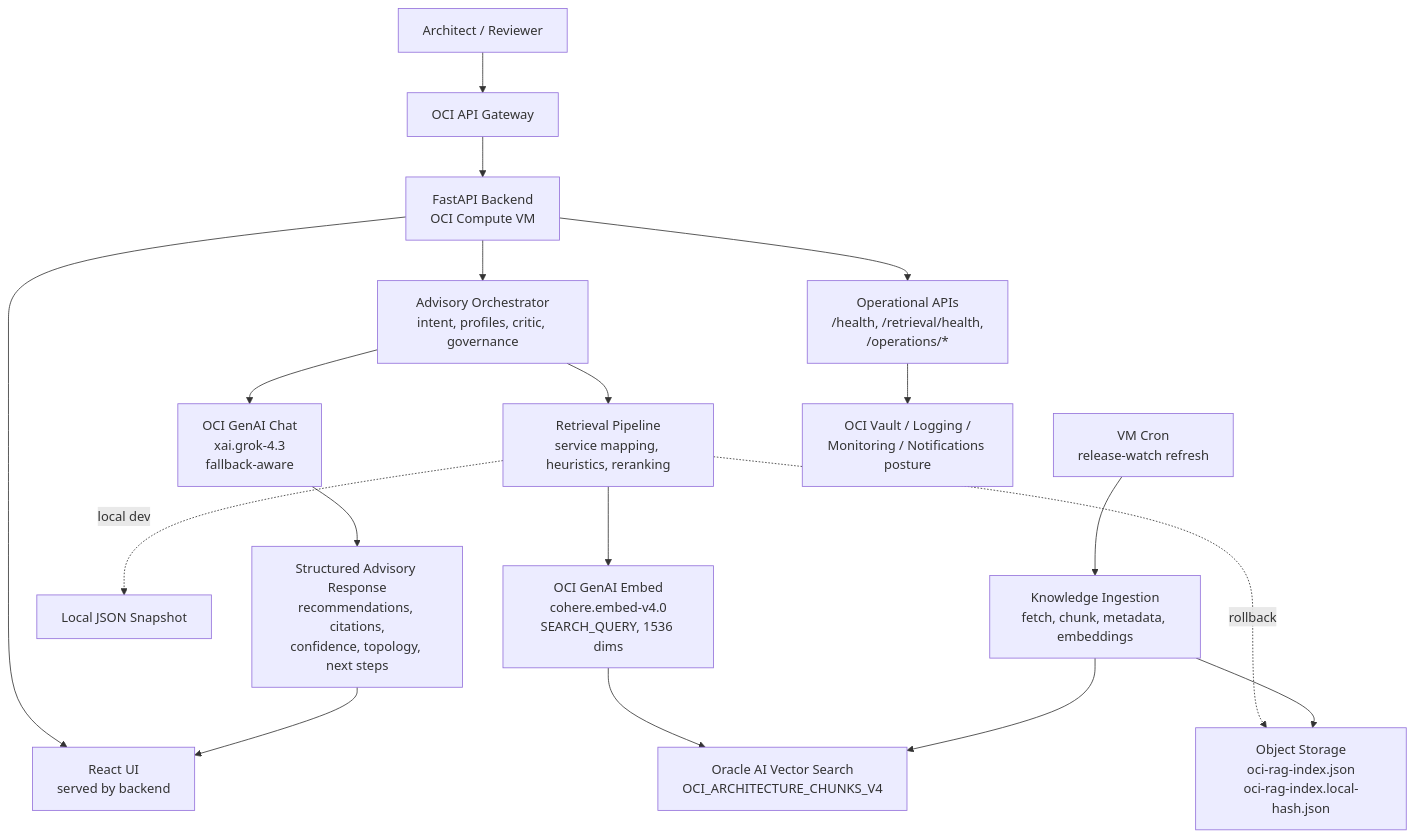
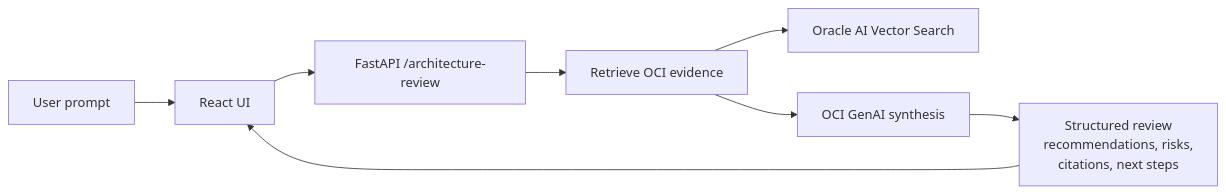
Before and after one commit to BfShaik/OCI-Architecture-Studio: the diagram in README.md, drawn with Mermaid. The commit also changed other lines of this file and 23 other files, not shown here.

````diff
--- a/README.md
+++ b/README.md
@@ -21,24 +23,10 @@
 ```mermaid
-flowchart TD
-  User["Architect / Reviewer"] --> Gateway["OCI API Gateway"]
-  Gateway --> Backend["FastAPI Backend\nOCI Compute VM"]
-  Backend --> UI["React UI\nserved by backend"]
-
-  Backend --> Orchestrator["Advisory Orchestrator\nintent, profiles, critic, governance"]
-  Orchestrator --> Retrieval["Retrieval Pipeline\nservice mapping, heuristics, reranking"]
-  Retrieval --> EmbedQuery["OCI GenAI Embed\ncohere.embed-v4.0\nSEARCH_QUERY, 1536 dims"]
-  EmbedQuery --> VectorDB["Oracle AI Vector Search\nOCI_ARCHITECTURE_CHUNKS_V4"]
-  Retrieval -. rollback .-> ObjectStore["Object Storage\noci-rag-index.json\noci-rag-index.local-hash.json"]
-  Retrieval -. local dev .-> LocalJson["Local JSON Snapshot"]
-
-  Orchestrator --> Synthesis["OCI GenAI Chat\nxai.grok-4.3\nfallback-aware"]
-  Synthesis --> Response["Structured Advisory Response\nrecommendations, citations,\nconfidence, topology, next steps"]
+flowchart LR
+  User["User prompt"] --> UI["React UI"]
+  UI --> API["FastAPI /architecture-review"]
+  API --> Retrieval["Retrieve OCI evidence"]
+  Retrieval --> Vector["Oracle AI Vector Search"]
+  Retrieval --> GenAI["OCI GenAI synthesis"]
+  GenAI --> Response["Structured review\nrecommendations, risks,\ncitations, next steps"]
   Response --> UI
-
-  Cron["VM Cron\nrelease-watch refresh"] --> Ingestion["Knowledge Ingestion\nfetch, chunk, metadata, embeddings"]
-  Ingestion --> ObjectStore
-  Ingestion --> VectorDB
-
-  Backend --> Ops["Operational APIs\n/health, /retrieval/health,\n/operations/*"]
-  Ops --> OciOps["OCI Vault / Logging /\nMonitoring / Notifications posture"]
 ```
````
